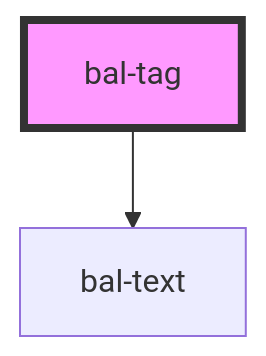
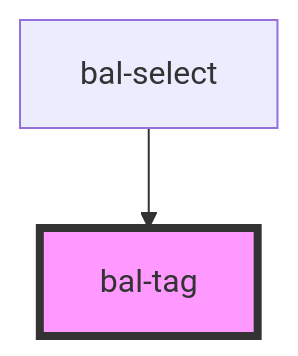
One commit to baloise/design-system changed the diagram in packages/library/src/components/bal-tag/readme.md. Above: the diagram before and after it, drawn with Mermaid. The commit also changed other lines of this file and 36 other files, not shown here.

````diff
--- a/packages/library/src/components/bal-tag/readme.md
+++ b/packages/library/src/components/bal-tag/readme.md
@@ -22,5 +31,5 @@
 ```mermaid
 graph TD;
-  bal-tag --> bal-text
+  bal-select --> bal-tag
   style bal-tag fill:#f9f,stroke:#333,stroke-width:4px
 ```
````
